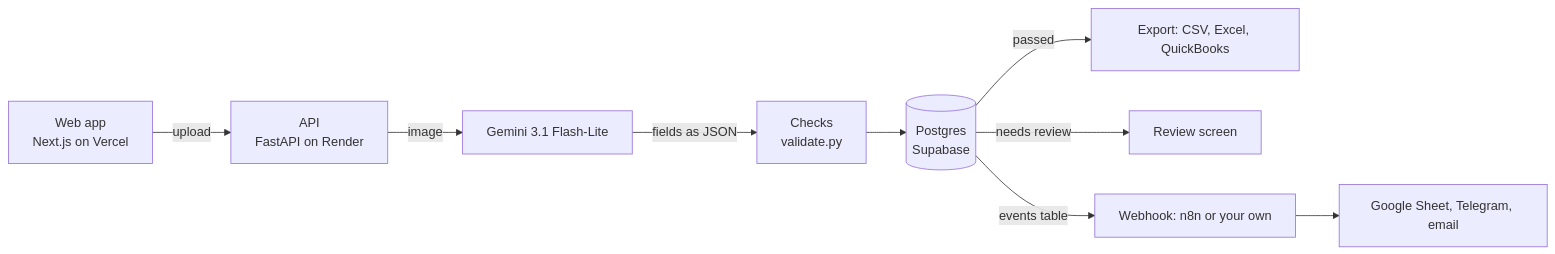
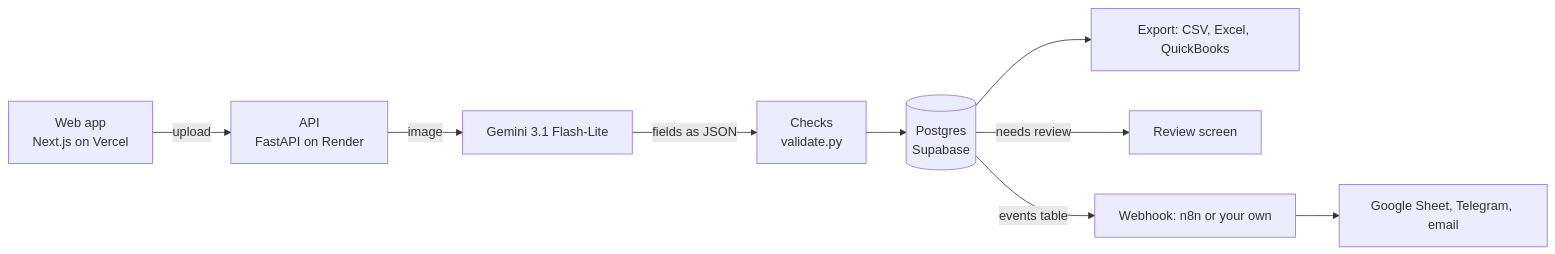
The diagram in README.md (07fahim/ai-receipt-invoice-extractor), drawn with Mermaid before and after one commit. The commit also changed other lines of this file and 1 other file, not shown here.

Commit message:
README: fact-check fixes (data use of CORD validation, unflagged errors explained, cost from the final run's tokens, earlier-prompt measurements marked, export and event details, setup notes)

````diff
--- a/README.md
+++ b/README.md
@@ -33,11 +34,11 @@
 ```mermaid
 flowchart LR
     W[Web app<br/>Next.js on Vercel] -->|upload| A[API<br/>FastAPI on Render]
     A -->|image| G[Gemini 3.1 Flash-Lite]
     G -->|fields as JSON| C[Checks<br/>validate.py]
     C --> D[(Postgres<br/>Supabase)]
-    D -->|passed| X[Export: CSV, Excel, QuickBooks]
+    D --> X[Export: CSV, Excel, QuickBooks]
     D -->|needs review| R[Review screen]
     D -->|events table| H[Webhook: n8n or your own]
     H --> S[Google Sheet, Telegram, email]
 ```
````
